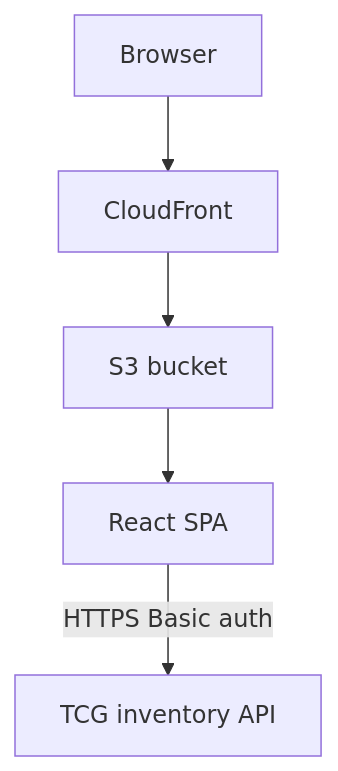
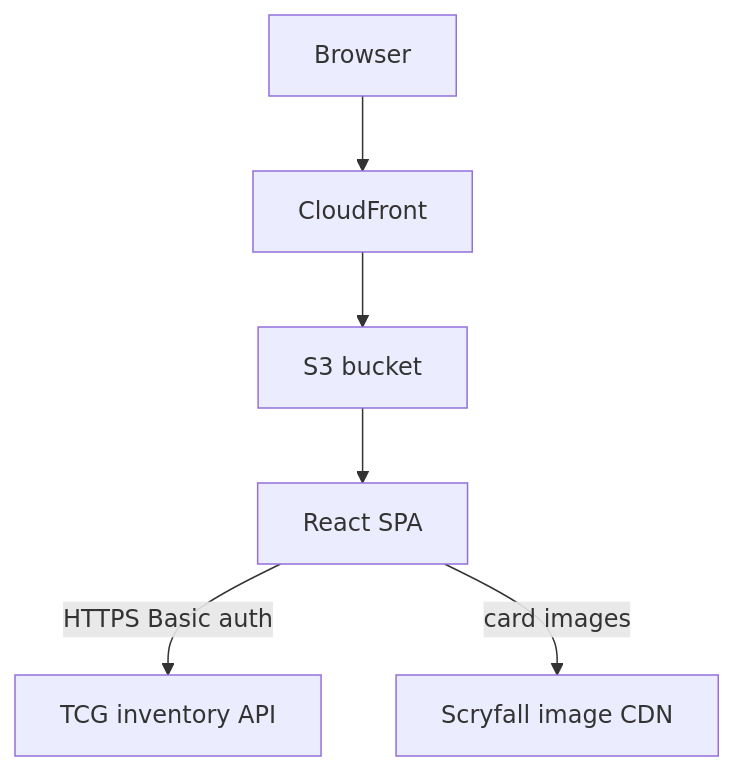
One commit to jordansimsmith/jordansimsmith-com changed the first of 2 diagrams in tcg_inventory_web/README.md. Above: the diagram before and after it, drawn with Mermaid. The commit also changed other lines of this file and 11 other files, not shown here.

Commit message:
Add SKU detail with adjustments and card image

````diff
--- a/tcg_inventory_web/README.md
+++ b/tcg_inventory_web/README.md
@@ -43,7 +43,8 @@
 ```mermaid
 flowchart TD
   browser[Browser] --> cloudfront[CloudFront]
   cloudfront --> s3[S3 bucket]
   s3 --> spa[React SPA]
   spa -->|HTTPS Basic auth| api[TCG inventory API]
+  spa -->|card images| scryfall[Scryfall image CDN]
 ```
````
